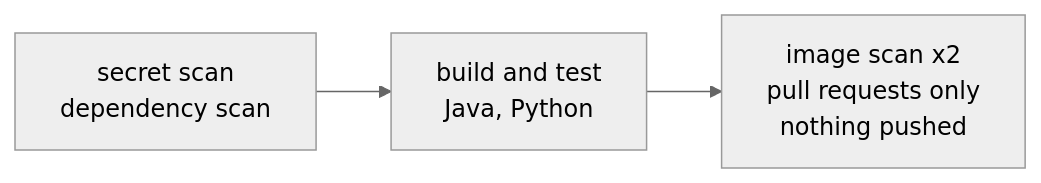
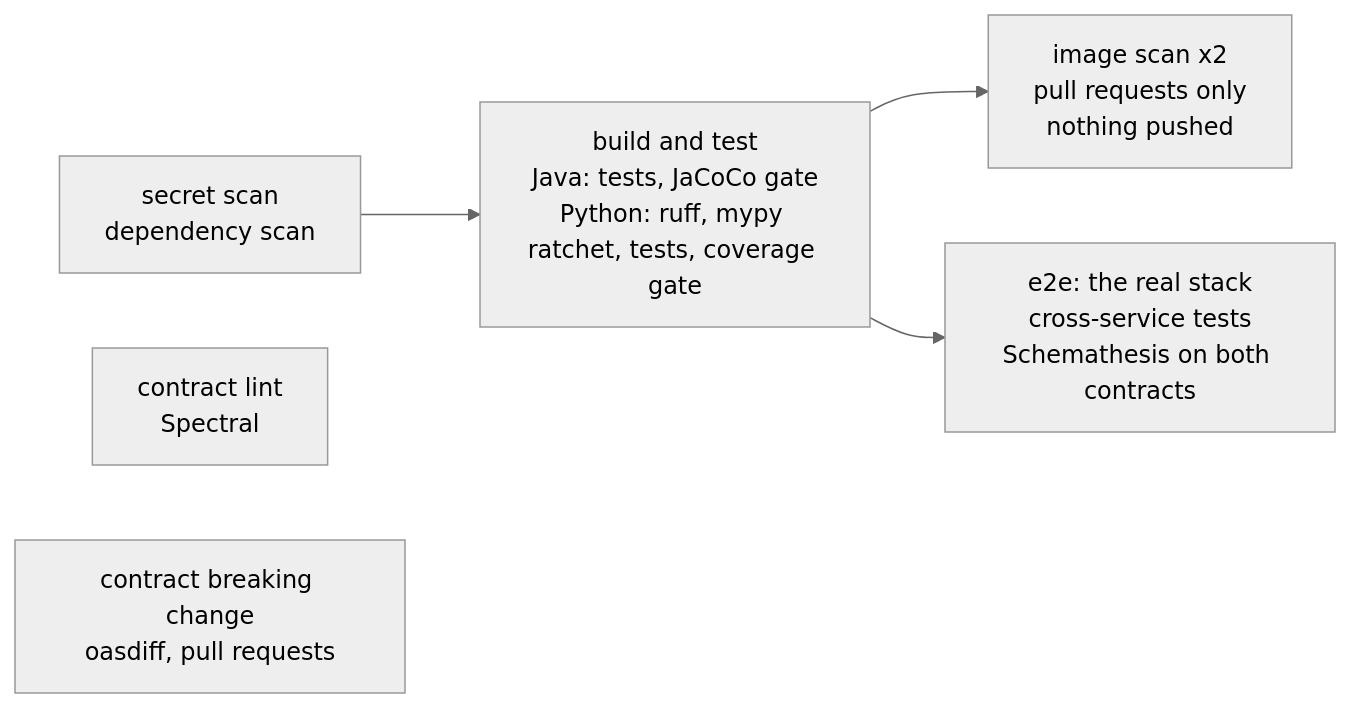
One commit to nikmar0808/eai-backend-poc changed the second of 2 diagrams in README.md. Above: the diagram before and after it, drawn with Mermaid (neutral theme). The commit also changed other lines of this file and 4 other files, not shown here.

Commit message:
ci(EPA-47): nightly scan, Dependabot, base-image policy ADR-012

````diff
--- a/README.md
+++ b/README.md
@@ -73,4 +73,8 @@
 ```mermaid
 flowchart LR
-    S["secret scan<br/>dependency scan"] --> BT["build and test<br/>Java, Python"] --> IS["image scan x2<br/>pull requests only<br/>nothing pushed"]
+    S["secret scan<br/>dependency scan"] --> BT["build and test<br/>Java: tests, JaCoCo gate<br/>Python: ruff, mypy ratchet, tests, coverage gate"]
+    BT --> IS["image scan x2<br/>pull requests only<br/>nothing pushed"]
+    BT --> E2E["e2e: the real stack<br/>cross-service tests<br/>Schemathesis on both contracts"]
+    CL["contract lint<br/>Spectral"]
+    CB["contract breaking change<br/>oasdiff, pull requests"]
 ```
````
